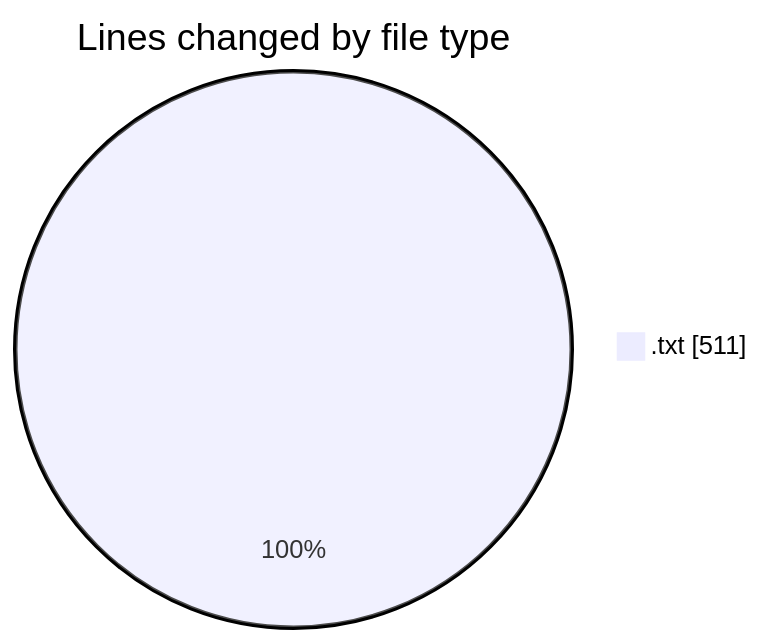
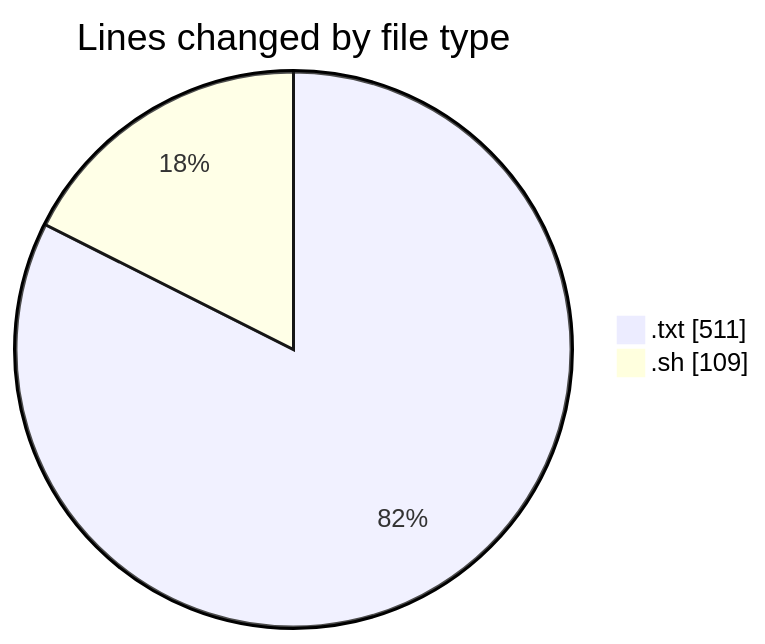
Before and after one commit to ricardozamudiocil/code-tracking: the first of 2 diagrams in 2026-04-16/scripts/README.md, drawn with Mermaid. The commit also changed other lines of this file and 1 other file, not shown here.

````diff
--- a/2026-04-16/scripts/README.md
+++ b/2026-04-16/scripts/README.md
@@ -20,5 +21,6 @@
 ```mermaid
 pie showData
 title Lines changed by file type
 ".txt" : 511
+".sh" : 109
 ```
````
